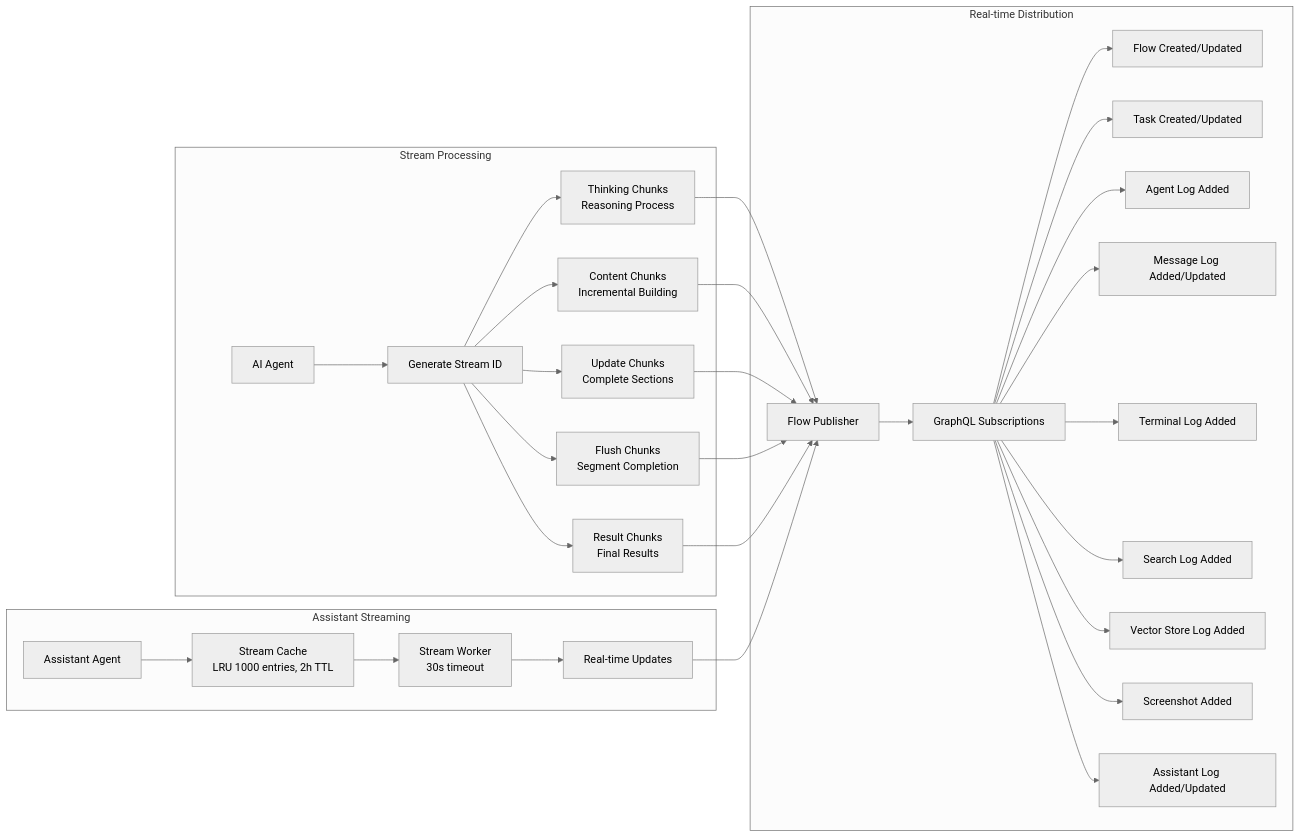
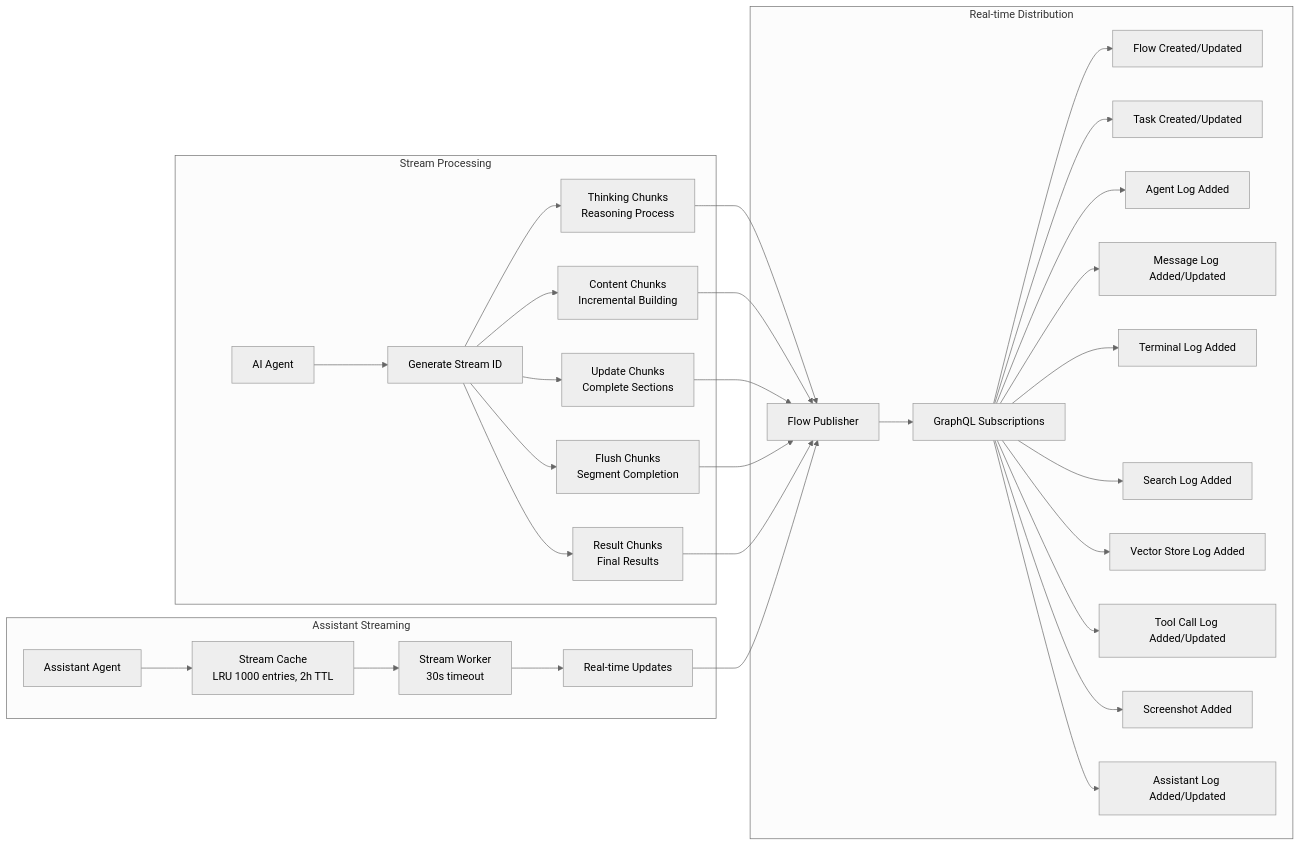
One commit to vxcontrol/pentagi changed the ninth of 10 diagrams in backend/docs/flow_execution.md. Above: the diagram before and after it, drawn with Mermaid (neutral theme). The commit also changed other lines of this file and 21 other files, not shown here.

First line of the commit message:
feat(toolcall): implement ToolCall logging functionality

````diff
--- a/backend/docs/flow_execution.md
+++ b/backend/docs/flow_execution.md
@@ -790,37 +798,38 @@
 ```mermaid
 graph LR
     subgraph "Stream Processing"
         Agent[AI Agent] --> StreamID[Generate Stream ID]
         StreamID --> ThinkingChunk[Thinking Chunks<br/>Reasoning Process]
         StreamID --> ContentChunk[Content Chunks<br/>Incremental Building]
         StreamID --> UpdateChunk[Update Chunks<br/>Complete Sections]
         StreamID --> FlushChunk[Flush Chunks<br/>Segment Completion]
         StreamID --> ResultChunk[Result Chunks<br/>Final Results]
     end
     
     subgraph "Assistant Streaming"
         AssistantAgent[Assistant Agent] --> StreamCache[Stream Cache<br/>LRU 1000 entries, 2h TTL]
         StreamCache --> StreamWorker[Stream Worker<br/>30s timeout]
         StreamWorker --> AssistantUpdate[Real-time Updates]
     end
     
     subgraph "Real-time Distribution"
         Publisher[Flow Publisher] --> GraphQLSubs[GraphQL Subscriptions]
         GraphQLSubs --> FlowCreated[Flow Created/Updated]
         GraphQLSubs --> TaskCreated[Task Created/Updated] 
         GraphQLSubs --> AgentLogAdded[Agent Log Added]
         GraphQLSubs --> MessageLogAdded[Message Log Added/Updated]
         GraphQLSubs --> TerminalLogAdded[Terminal Log Added]
         GraphQLSubs --> SearchLogAdded[Search Log Added]
         GraphQLSubs --> VectorStoreLogAdded[Vector Store Log Added]
+        GraphQLSubs --> ToolCallLogAdded[Tool Call Log Added/Updated]
         GraphQLSubs --> ScreenshotAdded[Screenshot Added]
         GraphQLSubs --> AssistantLogAdded[Assistant Log Added/Updated]
     end
     
     ThinkingChunk --> Publisher
     ContentChunk --> Publisher  
     UpdateChunk --> Publisher
     FlushChunk --> Publisher
     ResultChunk --> Publisher
     AssistantUpdate --> Publisher
 ```
````
